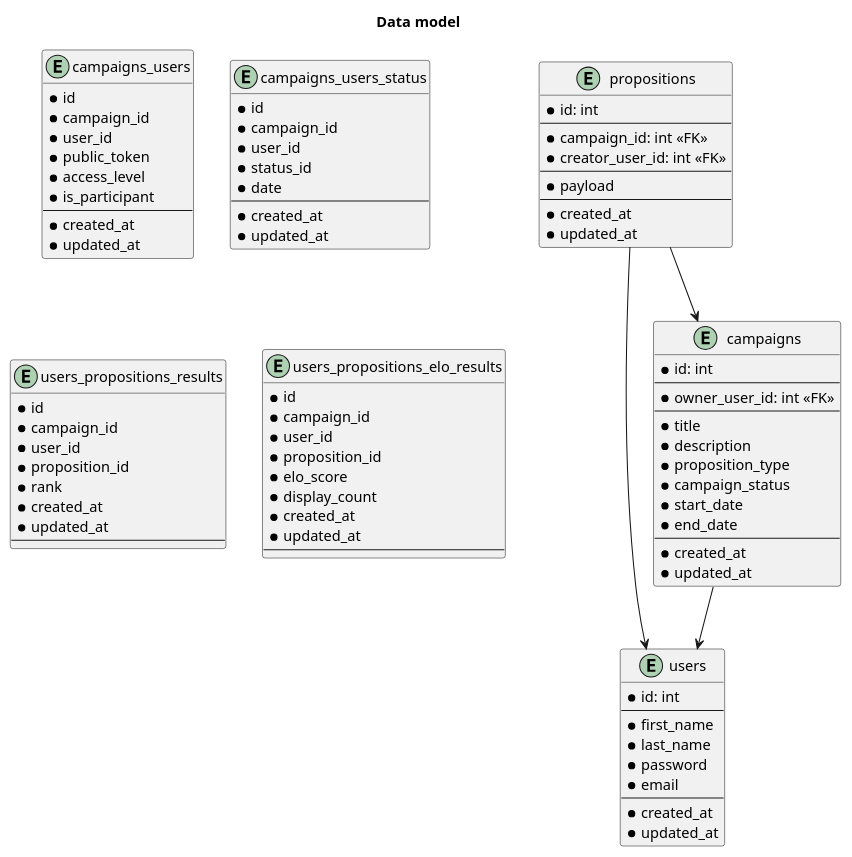
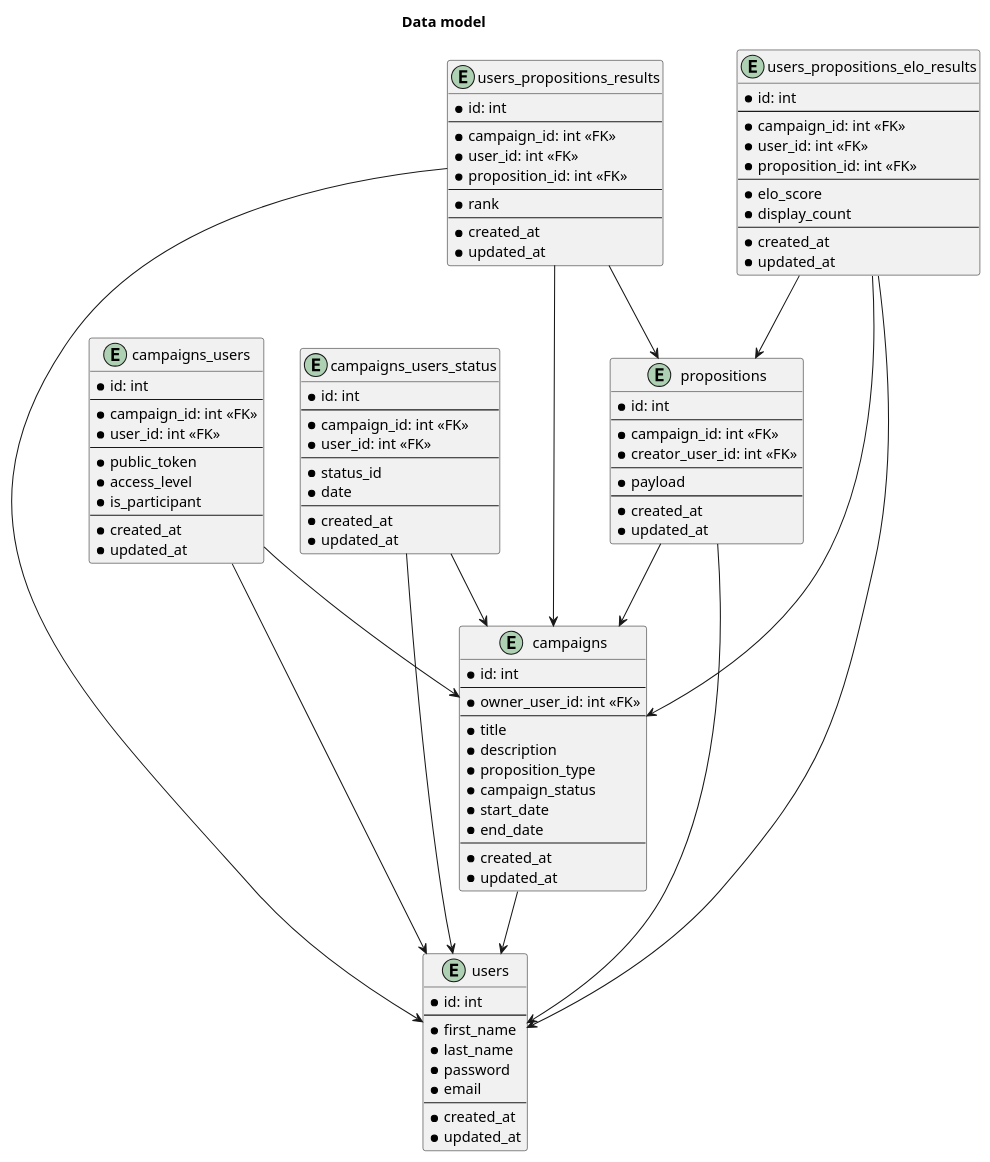
The diagram in documentation/diagram.puml (Akrobate/agora), drawn with PlantUML before and after one commit.

Commit message:
updated entities links

```diff
--- a/documentation/diagram.puml
+++ b/documentation/diagram.puml
@@ -1,97 +1,117 @@
 @startuml
 
 title Data model
 
 entity "users" {
   * id: int
   --
   * first_name
   * last_name
   * password
   * email
   --
   * created_at
   * updated_at
 }
 
 entity "campaigns" {
   * id: int
   --
   * owner_user_id: int <<FK>>
   --
   * title
   * description
   * proposition_type
   * campaign_status
   * start_date
   * end_date
   --
   * created_at
   * updated_at
 }
 
 entity "campaigns_users" {
-  * id
-  * campaign_id
-  * user_id
+  * id: int
+  --
+  * campaign_id: int <<FK>>
+  * user_id: int <<FK>>
+  --
   * public_token
   * access_level
   * is_participant
   --
   * created_at
   * updated_at
 }
 
 entity "campaigns_users_status" {
-  * id
-  * campaign_id
-  * user_id
+  * id: int
+  --
+  * campaign_id: int <<FK>>
+  * user_id: int <<FK>>
+  --
   * status_id
   * date
   --
   * created_at
   * updated_at
 }
 
 entity "propositions" {
   * id: int
   --
   * campaign_id: int <<FK>>
   * creator_user_id: int <<FK>>
   --
   * payload
   --
   * created_at
   * updated_at
 }
 
 entity "users_propositions_results" {
-  * id
-  * campaign_id
-  * user_id
-  * proposition_id
+  * id: int
+  --
+  * campaign_id: int <<FK>>
+  * user_id: int <<FK>>
+  * proposition_id: int <<FK>>
+  --
   * rank
+  --
   * created_at
   * updated_at
-  --
 }
 
 entity "users_propositions_elo_results" {
-  * id
-  * campaign_id
-  * user_id
-  * proposition_id
+  * id: int
+  --
+  * campaign_id: int <<FK>>
+  * user_id: int <<FK>>
+  * proposition_id: int <<FK>>
+  --
   * elo_score
   * display_count
+  --
   * created_at
   * updated_at
-  --
 }
 
 
 
 campaigns --> users
 propositions --> campaigns
 propositions --> users
+campaigns_users --> users
+campaigns_users --> campaigns
+campaigns_users_status --> users
+campaigns_users_status --> campaigns
+
+users_propositions_results --> users
+users_propositions_results --> campaigns
+users_propositions_results --> propositions
+
+users_propositions_elo_results --> users
+users_propositions_elo_results --> campaigns
+users_propositions_elo_results --> propositions
 
 @enduml
```
